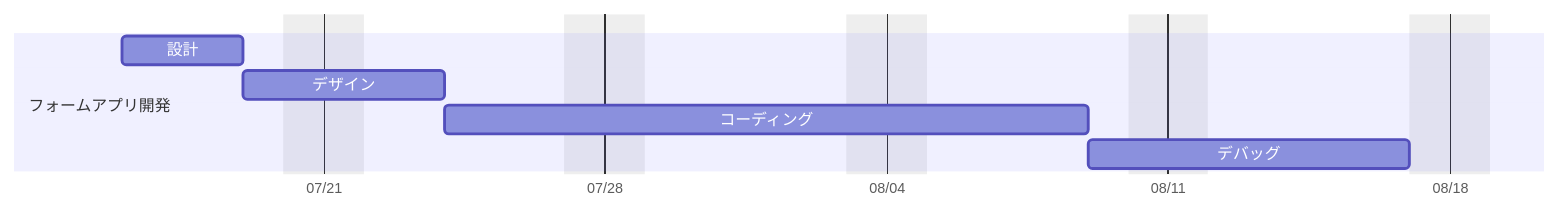
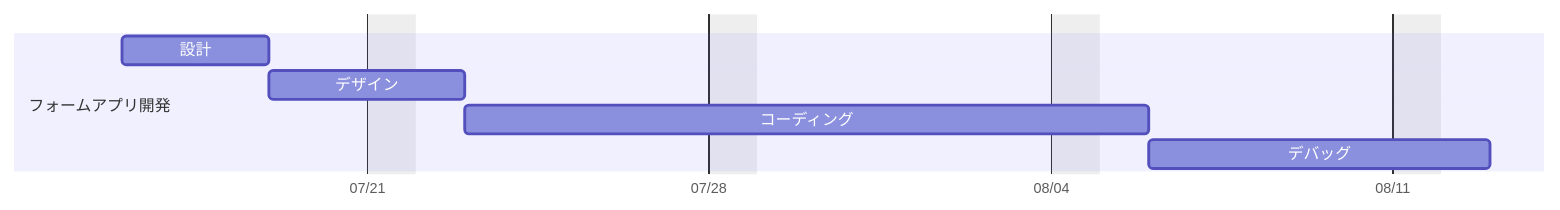
One commit to NakGummy/01-React changed the second of 2 diagrams in README.md. Above: the diagram before and after it, drawn with Mermaid. The commit also changed other lines of this file, not shown here.

````diff
--- a/README.md
+++ b/README.md
@@ -21,12 +21,12 @@
 ```mermaid
 gantt
     dateFormat  MM-DD
-    excludes weekends
+    excludes sunday
     axisFormat %m/%d
     tickInterval 1week
     section フォームアプリ開発
         設計:des4, after 2024, 3d
         デザイン: des5, after des4,3d
         コーディング: des6, after des5,12d
         デバッグ: des7, after des6,6d
 ```
````
